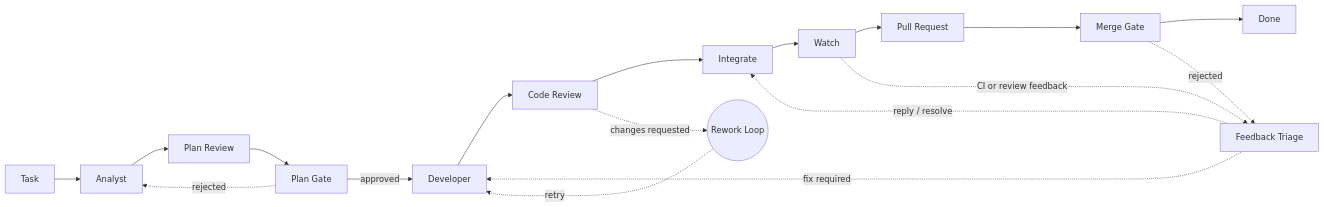
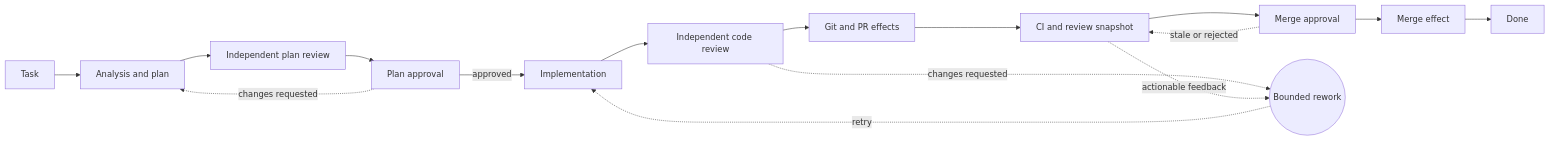
One commit to revisium/orchestrator changed the second of 2 diagrams in docs/architecture-overview.md. Above: the diagram before and after it, drawn with Mermaid. The commit also changed other lines of this file and 34 other files, not shown here.

Commit message:
docs: align Revo architecture contracts (#320)

````diff
--- a/docs/architecture-overview.md
+++ b/docs/architecture-overview.md
@@ -125,29 +226,24 @@
 ```mermaid
 flowchart LR
   task[Task]
-  analyst[Analyst]
-  planReview[Plan Review]
-  planGate[Plan Gate]
-  developer[Developer]
-  codeReview[Code Review]
-  integrate[Integrate]
-  watch[Watch]
-  pr[Pull Request]
-  mergeGate[Merge Gate]
+  analyst[Analysis and plan]
+  planReview[Independent plan review]
+  planGate[Plan approval]
+  developer[Implementation]
+  codeReview[Independent code review]
+  integrate[Git and PR effects]
+  observe[CI and review snapshot]
+  mergeGate[Merge approval]
+  merge[Merge effect]
   done[Done]
-  rework((Rework Loop))
-  feedback[Feedback Triage]
+  rework((Bounded rework))
 
   task --> analyst --> planReview --> planGate
   planGate -->|approved| developer
-  planGate -. rejected .-> analyst
-
-  developer --> codeReview --> integrate --> watch --> pr --> mergeGate --> done
+  planGate -. changes requested .-> analyst
+  developer --> codeReview --> integrate --> observe --> mergeGate --> merge --> done
   codeReview -. changes requested .-> rework
+  observe -. actionable feedback .-> rework
   rework -. retry .-> developer
-
-  watch -. CI or review feedback .-> feedback
-  feedback -. fix required .-> developer
-  feedback -. reply / resolve .-> integrate
-  mergeGate -. rejected .-> feedback
+  mergeGate -. stale or rejected .-> observe
 ```
````
